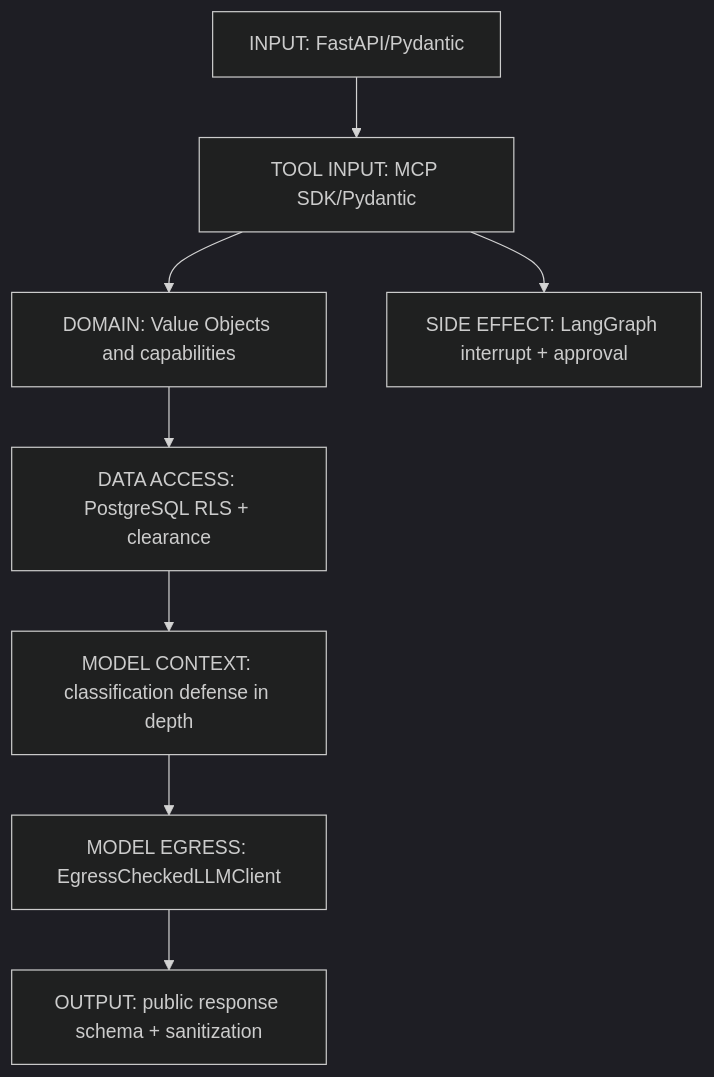
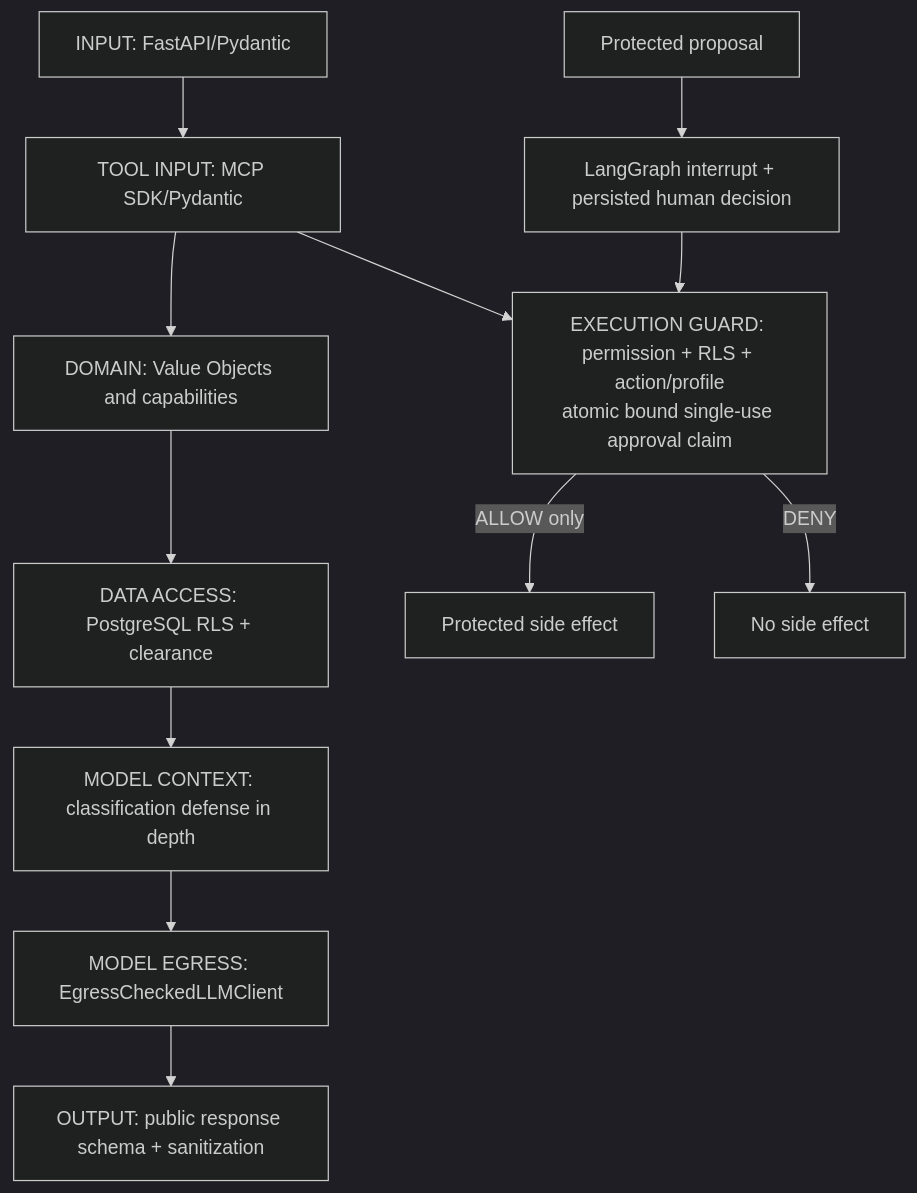
One commit to aboerzel/industrial-ai-agent changed the diagram in docs/learning/guardrails-and-boundary-validation.md. Above: the diagram before and after it, drawn with Mermaid (dark theme). The commit also changed other lines of this file and 24 other files, not shown here.

First line of the commit message:
docs(architecture): reconcile current contracts and implementation

````diff
--- a/docs/learning/guardrails-and-boundary-validation.md
+++ b/docs/learning/guardrails-and-boundary-validation.md
@@ -9,10 +9,14 @@
 ```mermaid
 flowchart TD
     Input["INPUT: FastAPI/Pydantic"] --> Tool["TOOL INPUT: MCP SDK/Pydantic"]
     Tool --> Domain["DOMAIN: Value Objects and capabilities"]
     Domain --> Access["DATA ACCESS: PostgreSQL RLS + clearance"]
     Access --> Context["MODEL CONTEXT: classification defense in depth"]
     Context --> Egress["MODEL EGRESS: EgressCheckedLLMClient"]
-    Tool --> SideEffect["SIDE EFFECT: LangGraph interrupt + approval"]
+    Proposal["Protected proposal"] --> HITL["LangGraph interrupt + persisted human decision"]
+    HITL --> Guard["EXECUTION GUARD: permission + RLS + action/profile<br/>atomic bound single-use approval claim"]
+    Tool --> Guard
+    Guard -->|"ALLOW only"| SideEffect["Protected side effect"]
+    Guard -->|"DENY"| Stop["No side effect"]
     Egress --> Output["OUTPUT: public response schema + sanitization"]
 ```
````
